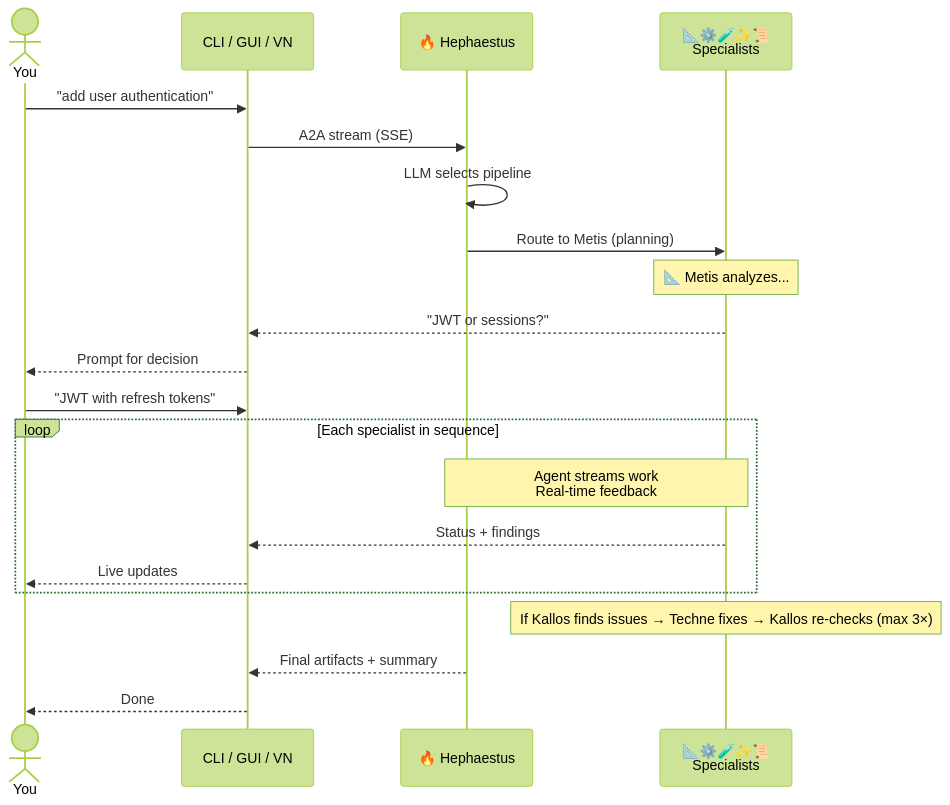
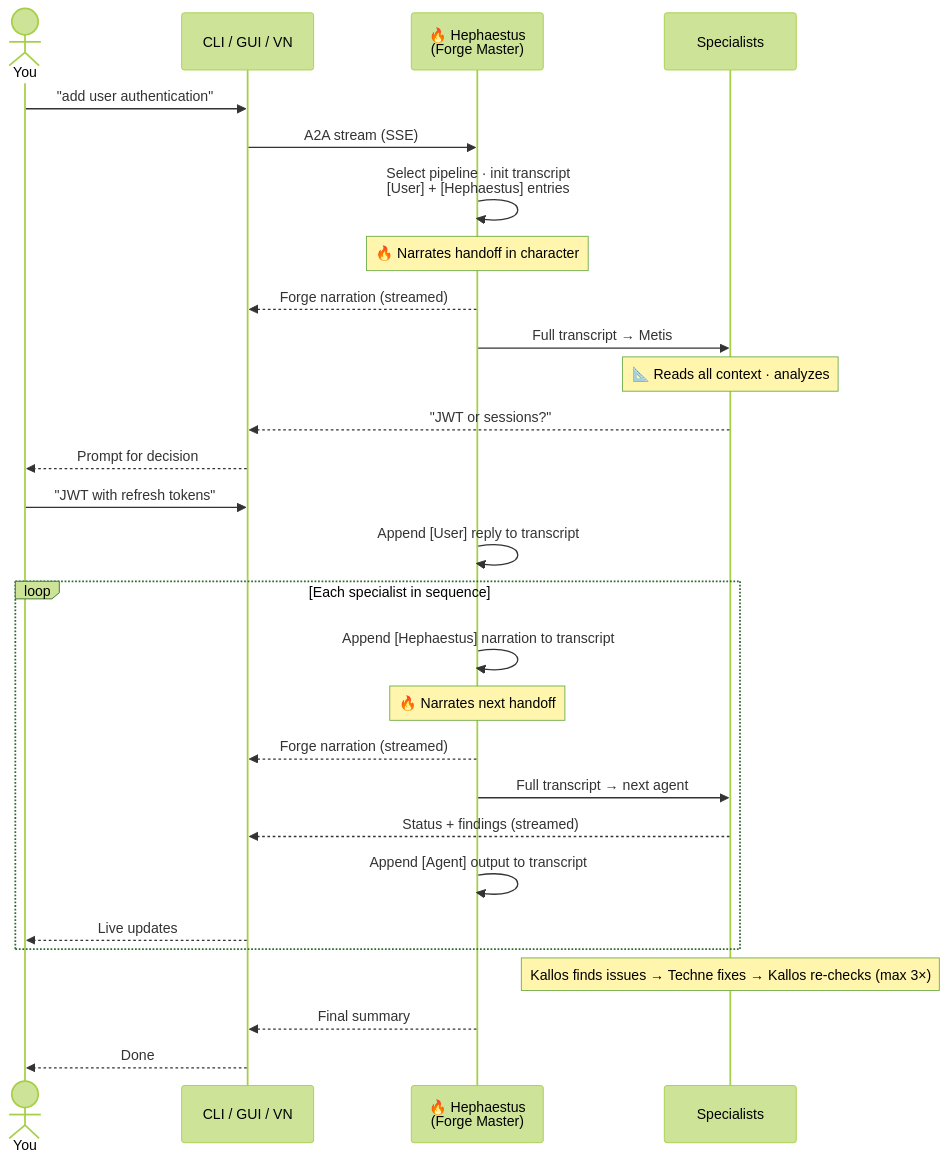
One commit to ajbarea/kourai-khryseai changed the diagram in docs/overview.md. Above: the diagram before and after it, drawn with Mermaid (forest theme). The commit also changed other lines of this file and 2 other files, not shown here.

Commit message:
docs(forge-transcript): update docs for Forge Transcript architecture and expanded agent roster
- Updated agent count from six to ten across README and overview
- Added Companion Spirits table (Puck, Cupid) and Quality Validators table (Aidos, Aletheia) to README
- Documented Hephaestus as Forge Master maintaining a running Forge Transcript passed to every specialist
- Added Ren'Py VN as a third access method in README
- Updated CLI demo examples to show in-character Hephaestus narration lines between pipeline steps
- Renamed architecture section from "Asynchronous Streaming (HOTL)" to "The Forge Transcript" and expanded explanation
- Updated @agent mention description to note both CLI and GUI support
- Rewrote overview flow section and mermaid diagram to reflect Forge Transcript pattern and narration handoffs

````diff
--- a/docs/overview.md
+++ b/docs/overview.md
@@ -56,27 +56,34 @@
 ```mermaid
 sequenceDiagram
     actor You
     participant UI as CLI / GUI / VN
-    participant Hephaestus as 🔥 Hephaestus
-    participant Specialists as 📐⚙️🧪✨📜<br/>Specialists
+    participant Hep as 🔥 Hephaestus<br/>(Forge Master)
+    participant Spec as Specialists
 
     You->>UI: "add user authentication"
-    UI->>Hephaestus: A2A stream (SSE)
-    Hephaestus->>Hephaestus: LLM selects pipeline
+    UI->>Hep: A2A stream (SSE)
+    Hep->>Hep: Select pipeline · init transcript<br/>[User] + [Hephaestus] entries
 
-    Hephaestus->>Specialists: Route to Metis (planning)
-    Note over Specialists: 📐 Metis analyzes...
-    Specialists-->>UI: "JWT or sessions?"
+    Note over Hep: 🔥 Narrates handoff in character
+    Hep-->>UI: Forge narration (streamed)
+    Hep->>Spec: Full transcript → Metis
+    Note over Spec: 📐 Reads all context · analyzes
+    Spec-->>UI: "JWT or sessions?"
     UI-->>You: Prompt for decision
     You->>UI: "JWT with refresh tokens"
+    Hep->>Hep: Append [User] reply to transcript
 
     loop Each specialist in sequence
-        Note over Specialists,Hephaestus: Agent streams work<br/>Real-time feedback
-        Specialists-->>UI: Status + findings
+        Hep->>Hep: Append [Hephaestus] narration to transcript
+        Note over Hep: 🔥 Narrates next handoff
+        Hep-->>UI: Forge narration (streamed)
+        Hep->>Spec: Full transcript → next agent
+        Spec-->>UI: Status + findings (streamed)
+        Hep->>Hep: Append [Agent] output to transcript
         UI-->>You: Live updates
     end
 
-    Note over Specialists: If Kallos finds issues → Techne fixes → Kallos re-checks (max 3×)
-    Hephaestus-->>UI: Final artifacts + summary
+    Note over Spec: Kallos finds issues → Techne fixes → Kallos re-checks (max 3×)
+    Hep-->>UI: Final summary
     UI-->>You: Done
 ```
````
